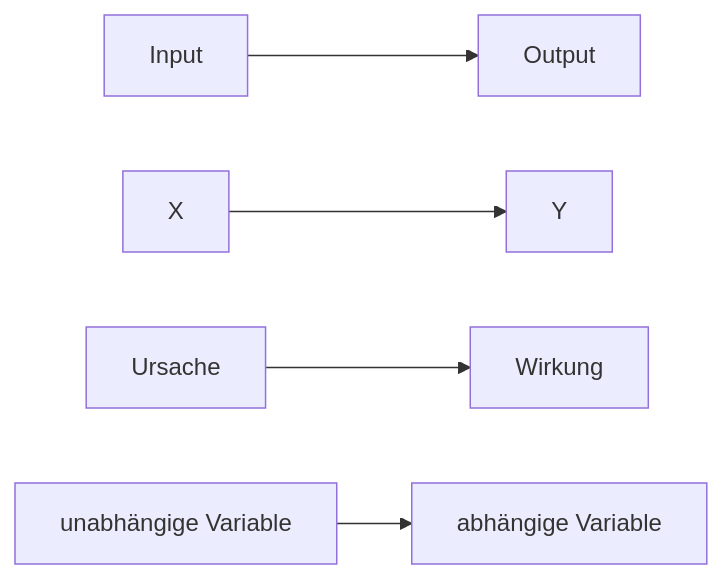
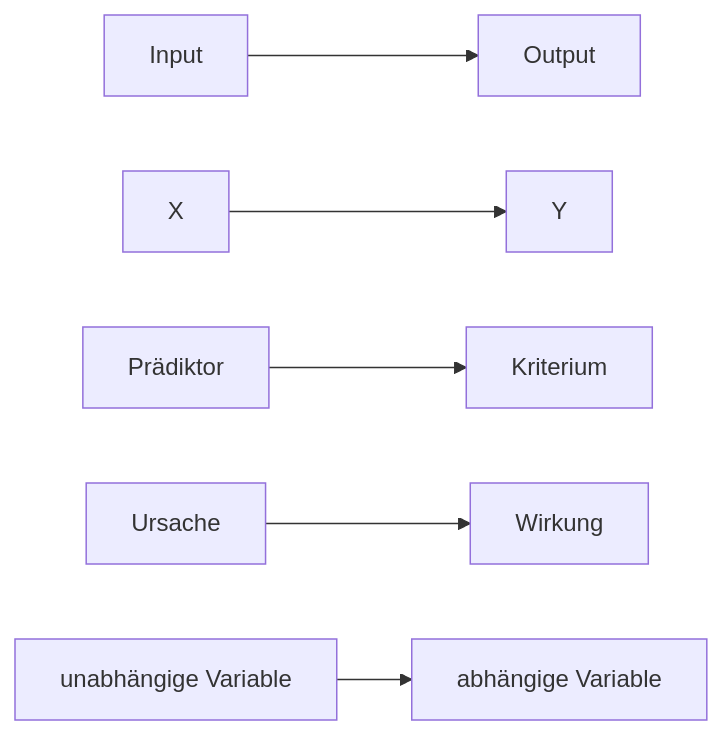
Before and after one commit to sebastiansauer/statistik1: the third of 4 diagrams in rahmen.qmd, drawn with Mermaid. The commit also changed 381 other files, not shown here.

````diff
--- a/rahmen.qmd
+++ b/rahmen.qmd
@@ -628,11 +628,12 @@
 ```{mermaid}
-%%| fig-cap: Überblick über den Inhalt und Verlauf des Buches
+%%| fig-cap: Synonyme Bezeichnungen für Input- und Output-Variablen einer Forschungsfrage
 %%| label: fig-ueberblick-fragen
 %%| out-width: "100%"
 
 graph LR
     Input --> Output
     X --> Y
+    P[Prädiktor] --> K[Kriterium]
     Ursache --> Wirkung
     UV[unabhängige Variable] --> AV[abhängige Variable]
 ```
````
